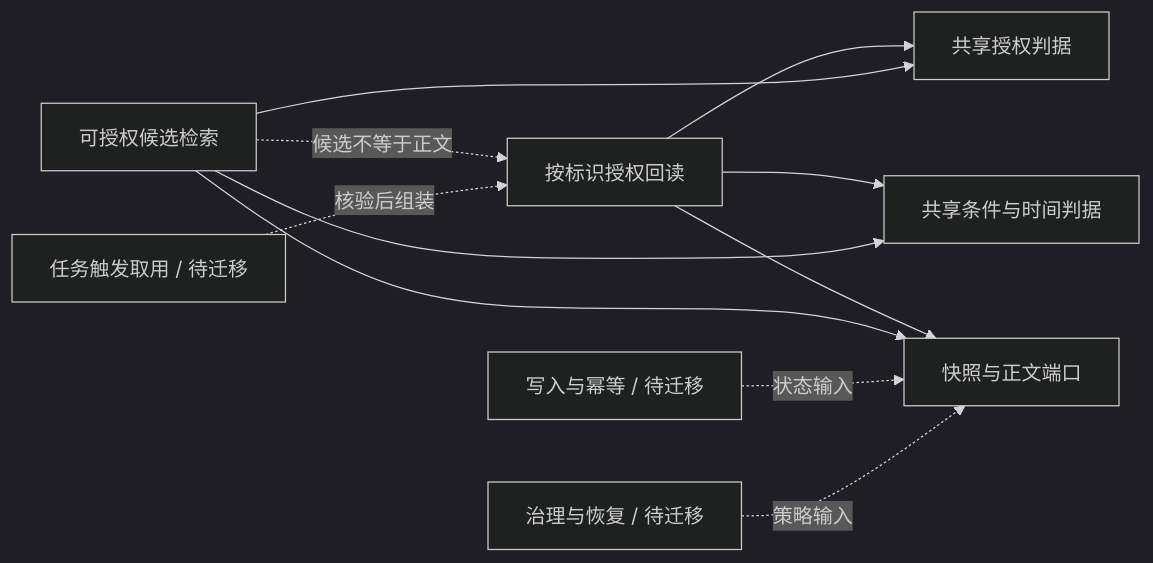
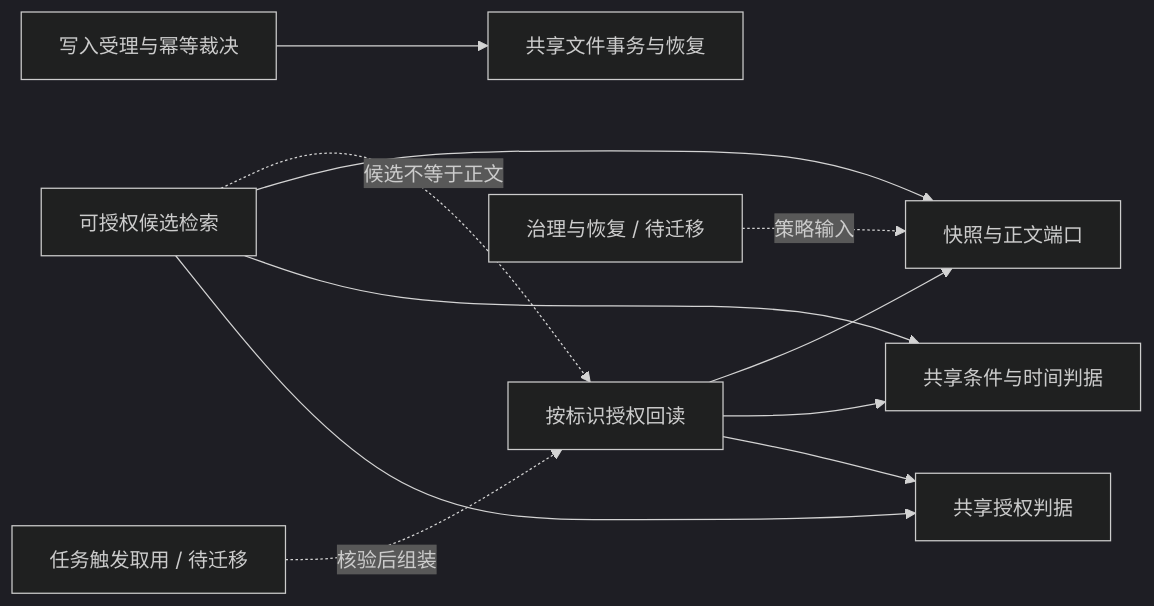
One commit to FuRongJun-1999/dsh-lingshu-memory changed the diagram in docs/CAPABILITY_GRAPH.md. Above: the diagram before and after it, drawn with Mermaid (dark theme). The commit also changed other lines of this file and 8 other files, not shown here.

```diff
--- a/docs/CAPABILITY_GRAPH.md
+++ b/docs/CAPABILITY_GRAPH.md
@@ -5,13 +5,13 @@
 ~~~mermaid
 graph LR
   G[按标识授权回读] --> A[共享授权判据]
   G --> T[共享条件与时间判据]
   G --> S[快照与正文端口]
   Q[可授权候选检索] --> A
   Q --> T
   Q --> S
   Q -. 候选不等于正文 .-> G
-  W[写入与幂等 / 待迁移] -. 状态输入 .-> S
+  W[写入受理与幂等裁决] --> X[共享文件事务与恢复]
   R[治理与恢复 / 待迁移] -. 策略输入 .-> S
   C[任务触发取用 / 待迁移] -. 核验后组装 .-> G
 ~~~
```
